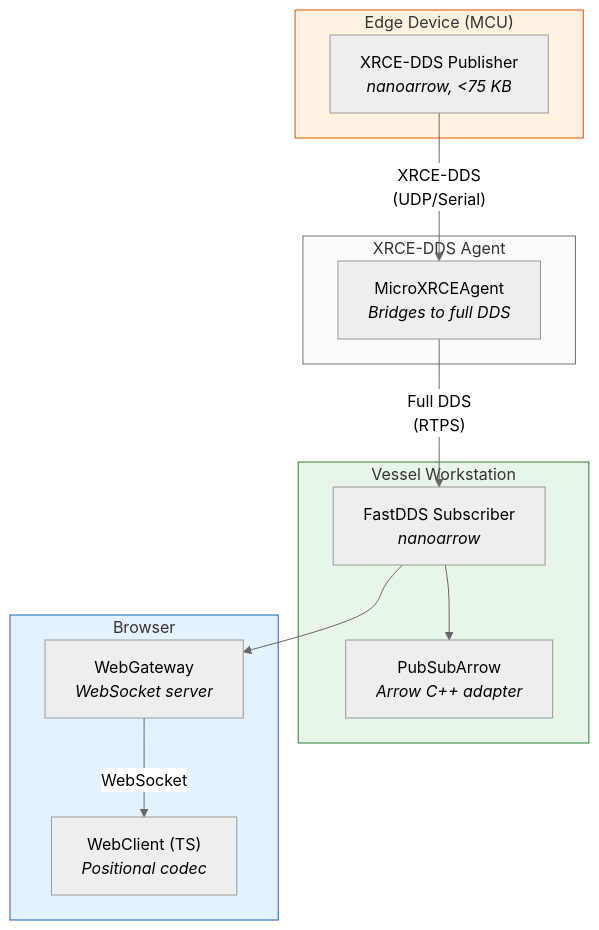
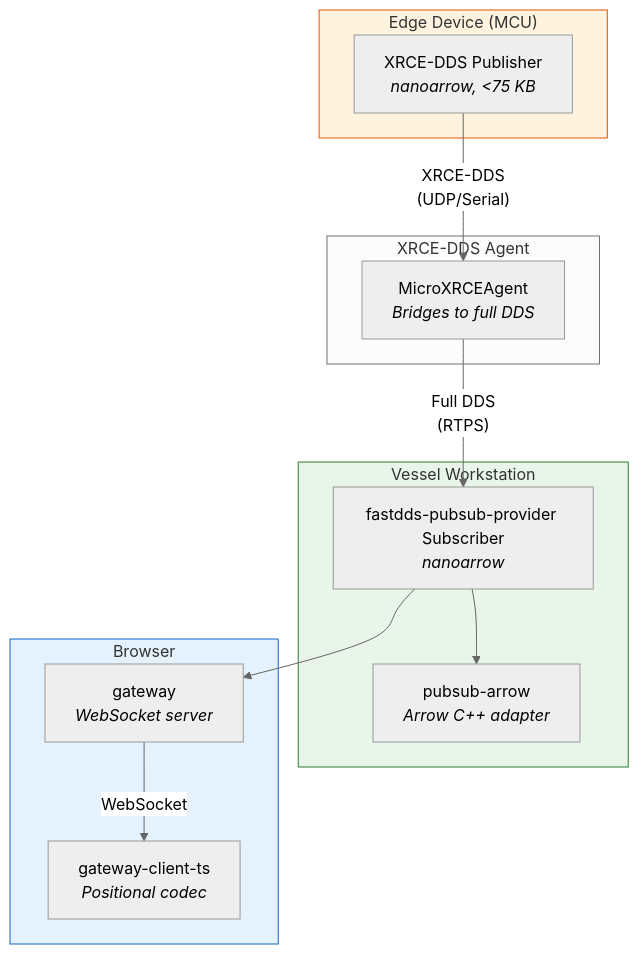
One commit to eivacom/Fletcher changed the sixth of 6 diagrams in docs/data-flow-diagrams.md. Above: the diagram before and after it, drawn with Mermaid (neutral theme). The commit also changed other lines of this file and 5 other files, not shown here.

````diff
--- a/docs/data-flow-diagrams.md
+++ b/docs/data-flow-diagrams.md
@@ -167,30 +167,30 @@
 ```mermaid
 graph TB
     subgraph edge ["Edge Device (MCU)"]
         XRCE_PUB["XRCE-DDS Publisher<br/><i>nanoarrow, &lt;75 KB</i>"]
     end
 
     subgraph agent ["XRCE-DDS Agent"]
         AGENT["MicroXRCEAgent<br/><i>Bridges to full DDS</i>"]
     end
 
     subgraph vessel ["Vessel Workstation"]
-        DDS_SUB["FastDDS Subscriber<br/><i>nanoarrow</i>"]
-        ARROW_PS["PubSubArrow<br/><i>Arrow C++ adapter</i>"]
+        DDS_SUB["fastdds-pubsub-provider Subscriber<br/><i>nanoarrow</i>"]
+        ARROW_PS["pubsub-arrow<br/><i>Arrow C++ adapter</i>"]
     end
 
     subgraph browser ["Browser"]
-        WG["WebGateway<br/><i>WebSocket server</i>"]
-        WC["WebClient (TS)<br/><i>Positional codec</i>"]
+        WG["gateway<br/><i>WebSocket server</i>"]
+        WC["gateway-client-ts<br/><i>Positional codec</i>"]
     end
 
     XRCE_PUB -->|"XRCE-DDS<br/>(UDP/Serial)"| AGENT
     AGENT -->|"Full DDS<br/>(RTPS)"| DDS_SUB
     DDS_SUB --> ARROW_PS
     DDS_SUB --> WG
     WG -->|WebSocket| WC
 
     style edge fill:#fff3e0,stroke:#e65100
     style vessel fill:#e8f5e9,stroke:#2e7d32
     style browser fill:#e3f2fd,stroke:#1565c0
 ```
````
